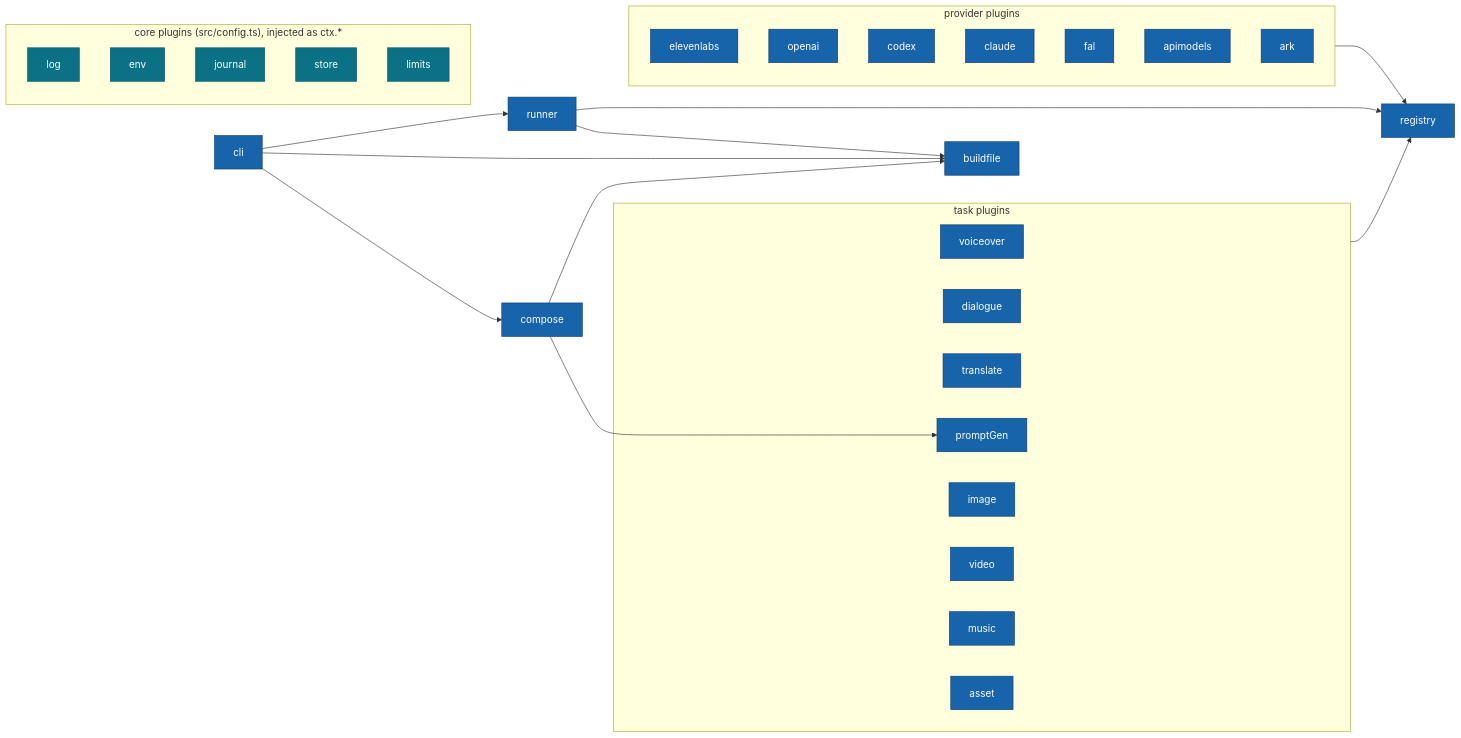
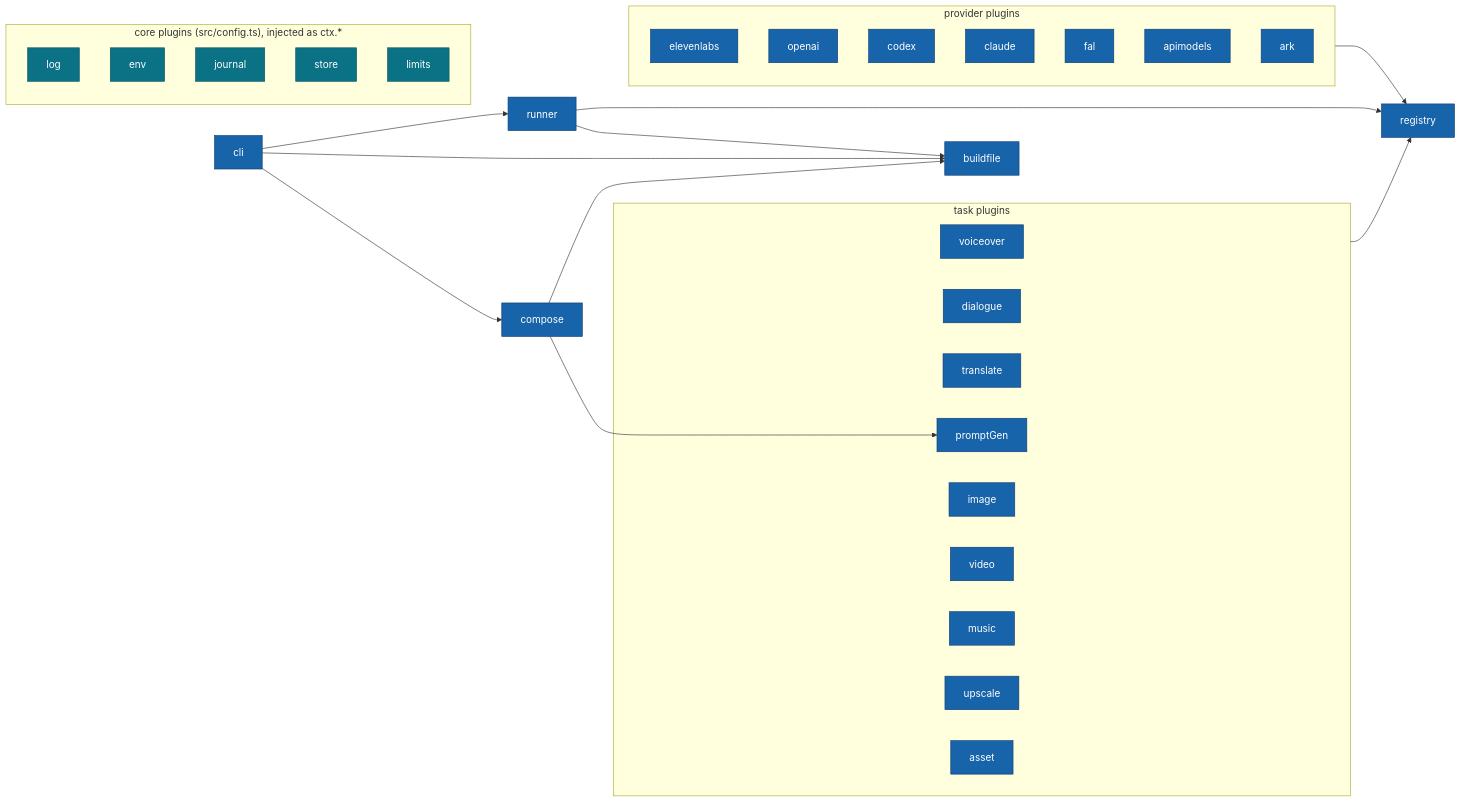
One commit to moku-labs/ai changed the second of 2 diagrams in README.md. Above: the diagram before and after it, drawn with Mermaid. The commit also changed other lines of this file and 5 other files, not shown here.

Commit message:
docs(upscale): upscale task and fal Topaz rows in READMEs, llms and CHANGELOG

````diff
--- a/README.md
+++ b/README.md
@@ -682,44 +698,45 @@
 ```mermaid
 flowchart LR
   subgraph CORE["core plugins (src/config.ts), injected as ctx.*"]
     LOG["log"]
     ENV["env"]
     J["journal"]
     S["store"]
     L["limits"]
   end
   REG["registry"]
   BF["buildfile"]
   RN["runner"] --> REG
   RN --> BF
   subgraph TASKS["task plugins"]
     VO["voiceover"]
     DL["dialogue"]
     TR["translate"]
     PG["promptGen"]
     IM["image"]
     VI["video"]
     MU["music"]
+    UP["upscale"]
     AS["asset"]
   end
   subgraph PROV["provider plugins"]
     EL["elevenlabs"]
     OA["openai"]
     CX["codex"]
     CL["claude"]
     FAL["fal"]
     AM["apimodels"]
     ARK["ark"]
   end
   TASKS --> REG
   PROV --> REG
   CO["compose"] --> BF
   CO --> PG
   CLI["cli"] --> RN
   CLI --> BF
   CLI --> CO
   classDef core fill:#0b7285,stroke:#08525f,color:#fff;
   classDef reg fill:#1864ab,stroke:#0d3d6e,color:#fff;
   class LOG,ENV,J,S,L core
-  class REG,BF,RN,VO,DL,TR,PG,IM,VI,MU,AS,EL,OA,CX,CL,FAL,AM,ARK,CO,CLI reg
+  class REG,BF,RN,VO,DL,TR,PG,IM,VI,MU,UP,AS,EL,OA,CX,CL,FAL,AM,ARK,CO,CLI reg
 ```
````
